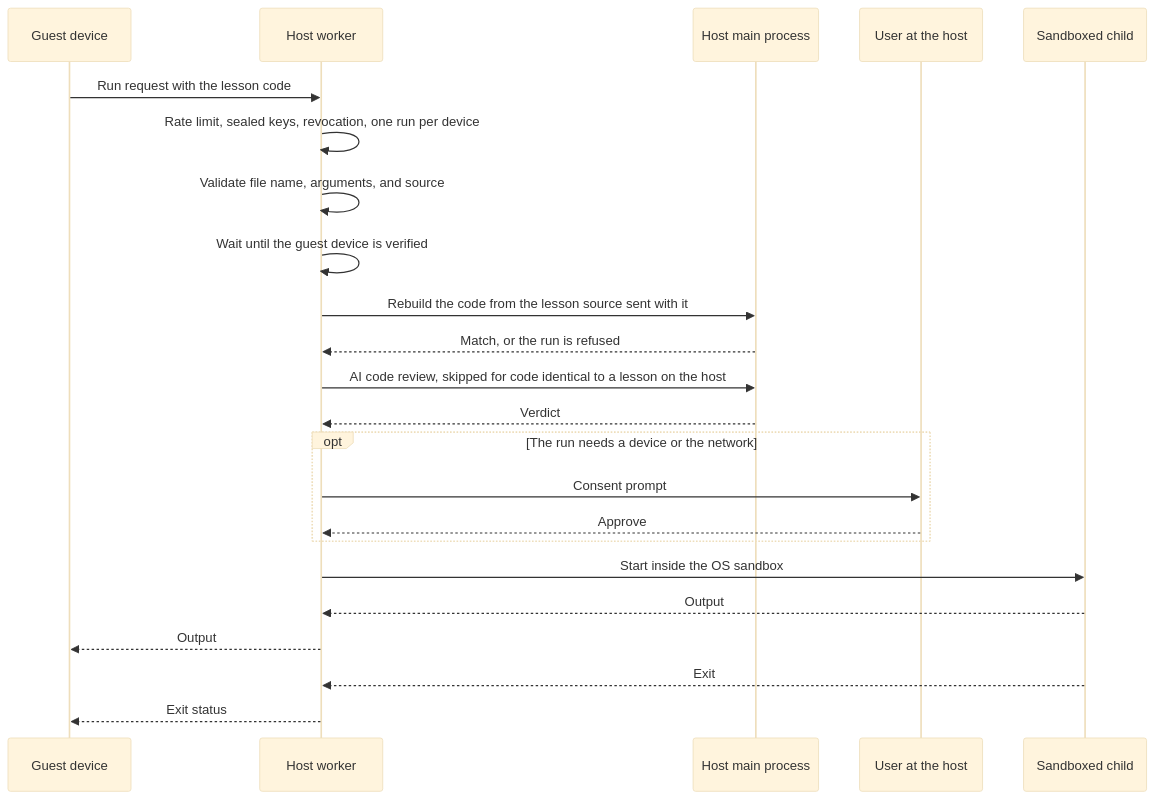
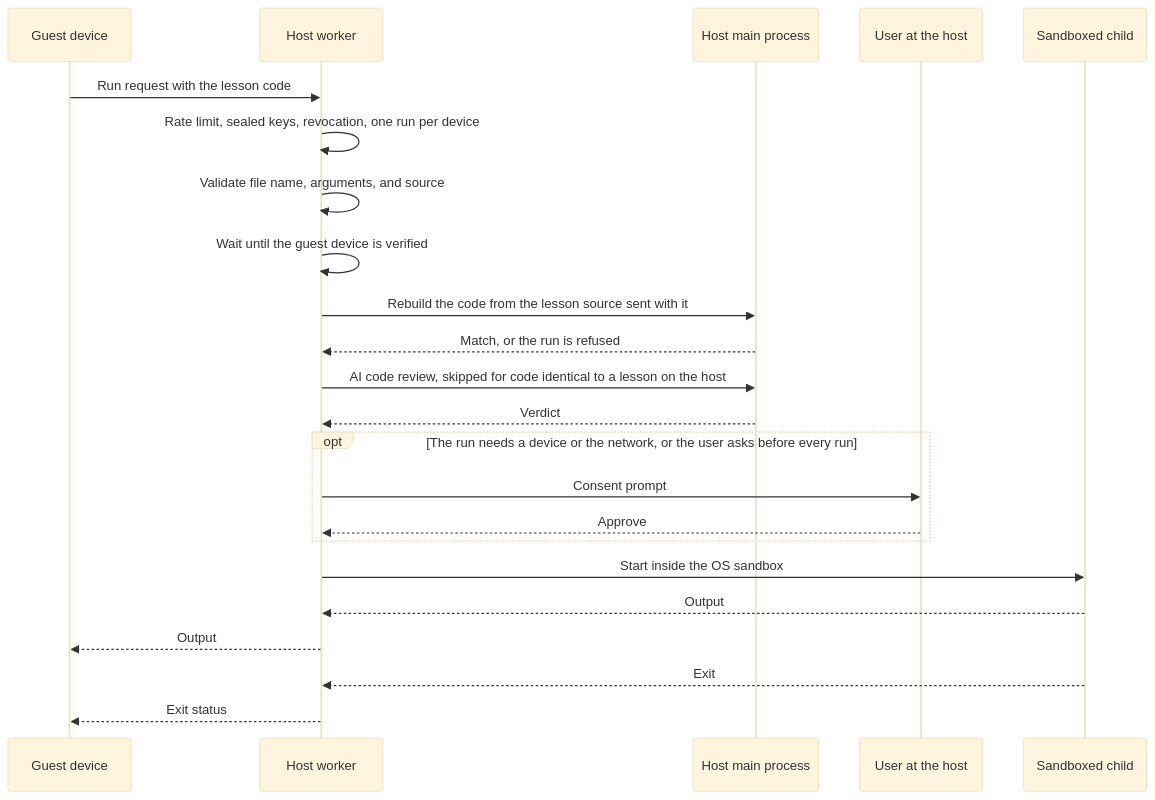
Before and after one commit to thisonedev/p2p-academy: the third of 3 diagrams in docs/architecture/ARCHITECTURE.md, drawn with Mermaid (base theme). The commit also changed other lines of this file and 42 other files, not shown here.

````diff
--- a/docs/architecture/ARCHITECTURE.md
+++ b/docs/architecture/ARCHITECTURE.md
@@ -109,25 +110,25 @@
 ```mermaid
 sequenceDiagram
     participant G as Guest device
     participant H as Host worker
     participant M as Host main process
     participant U as User at the host
     participant C as Sandboxed child
     G->>H: Run request with the lesson code
     H->>H: Rate limit, sealed keys, revocation, one run per device
     H->>H: Validate file name, arguments, and source
     H->>H: Wait until the guest device is verified
     H->>M: Rebuild the code from the lesson source sent with it
     M-->>H: Match, or the run is refused
     H->>M: AI code review, skipped for code identical to a lesson on the host
     M-->>H: Verdict
-    opt The run needs a device or the network
+    opt The run needs a device or the network, or the user asks before every run
         H->>U: Consent prompt
         U-->>H: Approve
     end
     H->>C: Start inside the OS sandbox
     C-->>H: Output
     H-->>G: Output
     C-->>H: Exit
     H-->>G: Exit status
 ```
````
